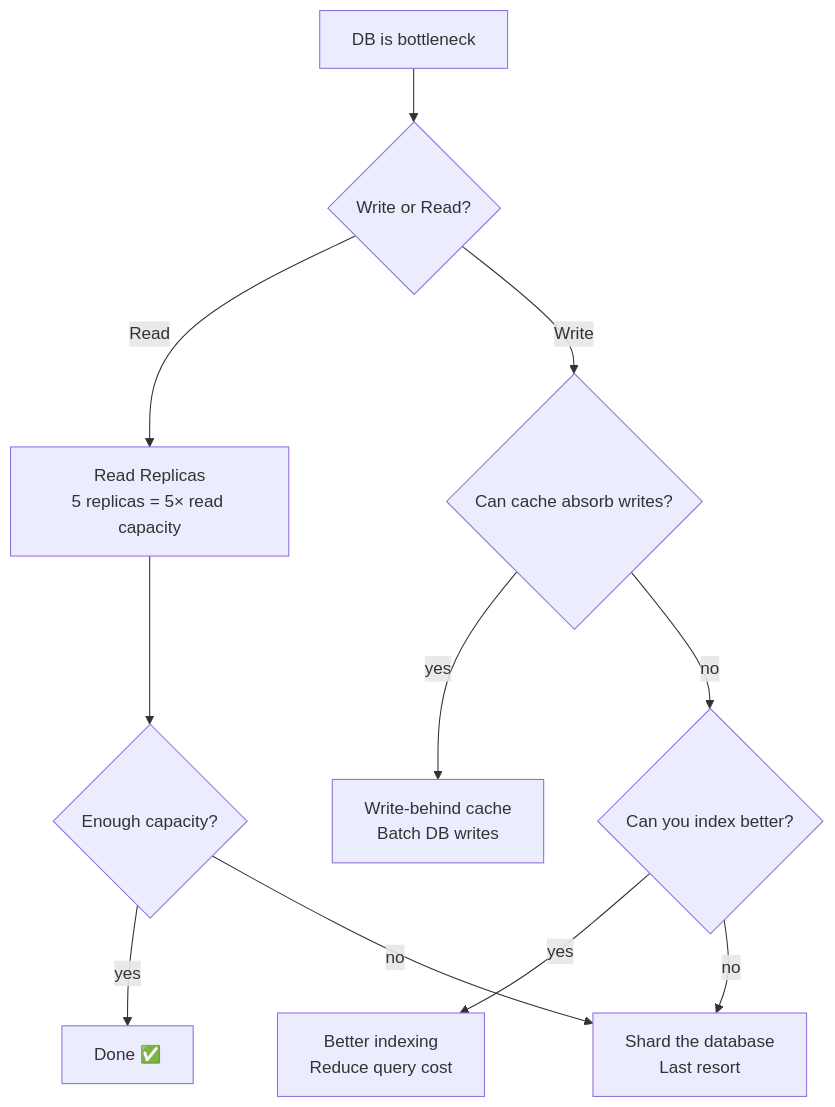
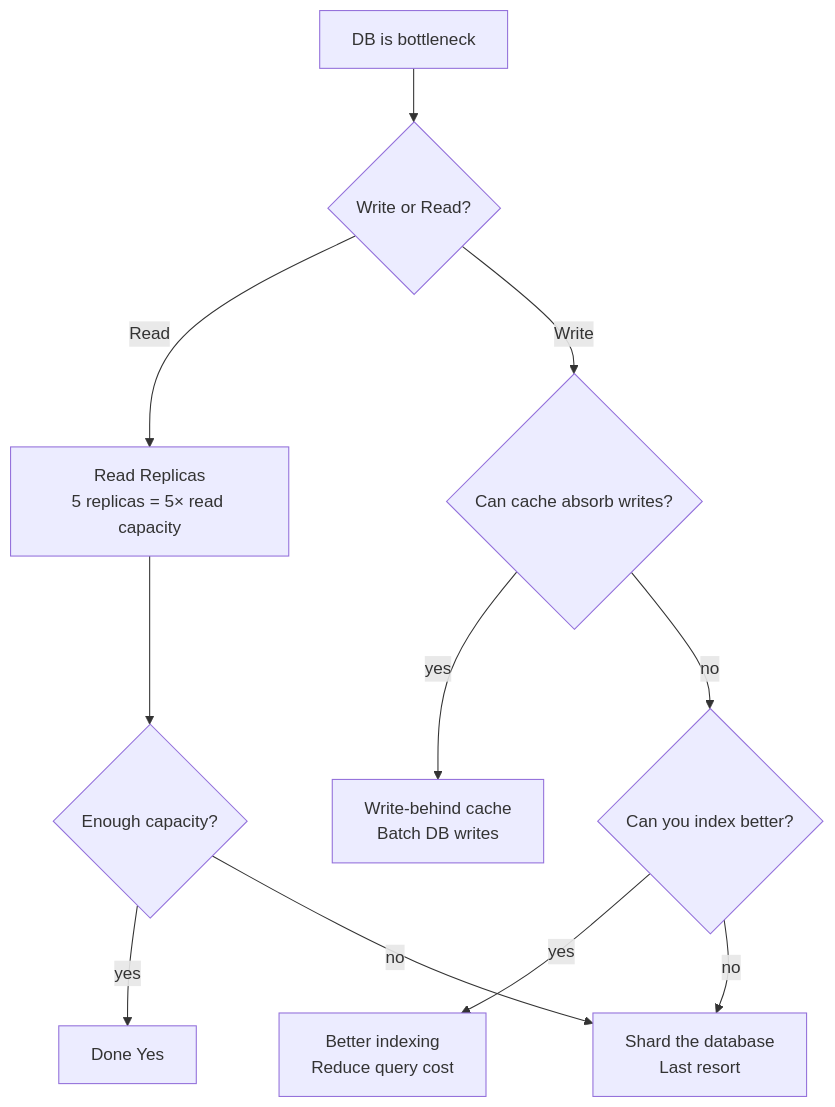
One commit to billywr/system-design changed diagram 32 of 41 in 08-fundamentals/23-scaling-cap-caching-load-balancing-sharding-indexing.md. Above: the diagram before and after it, drawn with Mermaid. The commit also changed other lines of this file and 39 other files, not shown here.

````diff
--- a/08-fundamentals/23-scaling-cap-caching-load-balancing-sharding-indexing.md
+++ b/08-fundamentals/23-scaling-cap-caching-load-balancing-sharding-indexing.md
@@ -1065,13 +1065,13 @@
 ```mermaid
 flowchart TD
     START[DB is bottleneck] --> W{Write or Read?}
     W -->|Read| RR[Read Replicas<br/>5 replicas = 5× read capacity]
     W -->|Write| C{Can cache absorb writes?}
     C -->|yes| WB[Write-behind cache<br/>Batch DB writes]
     C -->|no| I{Can you index better?}
     I -->|yes| IDX[Better indexing<br/>Reduce query cost]
     I -->|no| SH[Shard the database<br/>Last resort]
     RR --> ENOUGH{Enough capacity?}
-    ENOUGH -->|yes| DONE[Done ✅]
+    ENOUGH -->|yes| DONE[Done Yes]
     ENOUGH -->|no| SH
 ```
````
